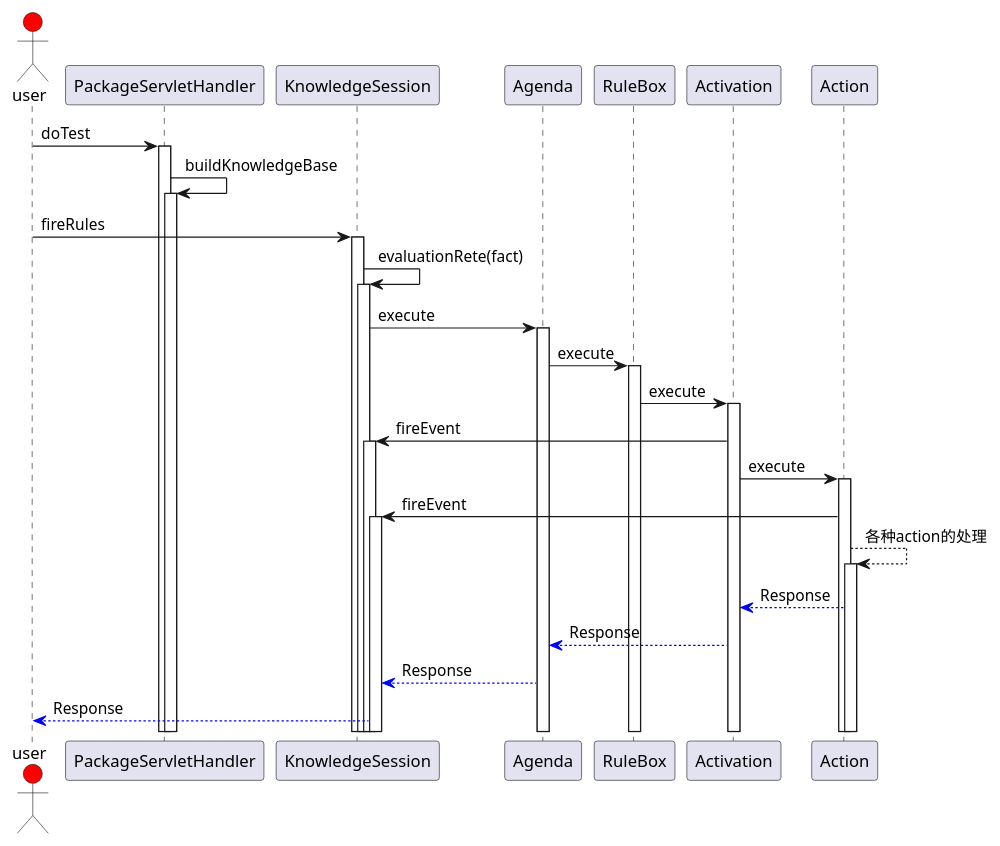
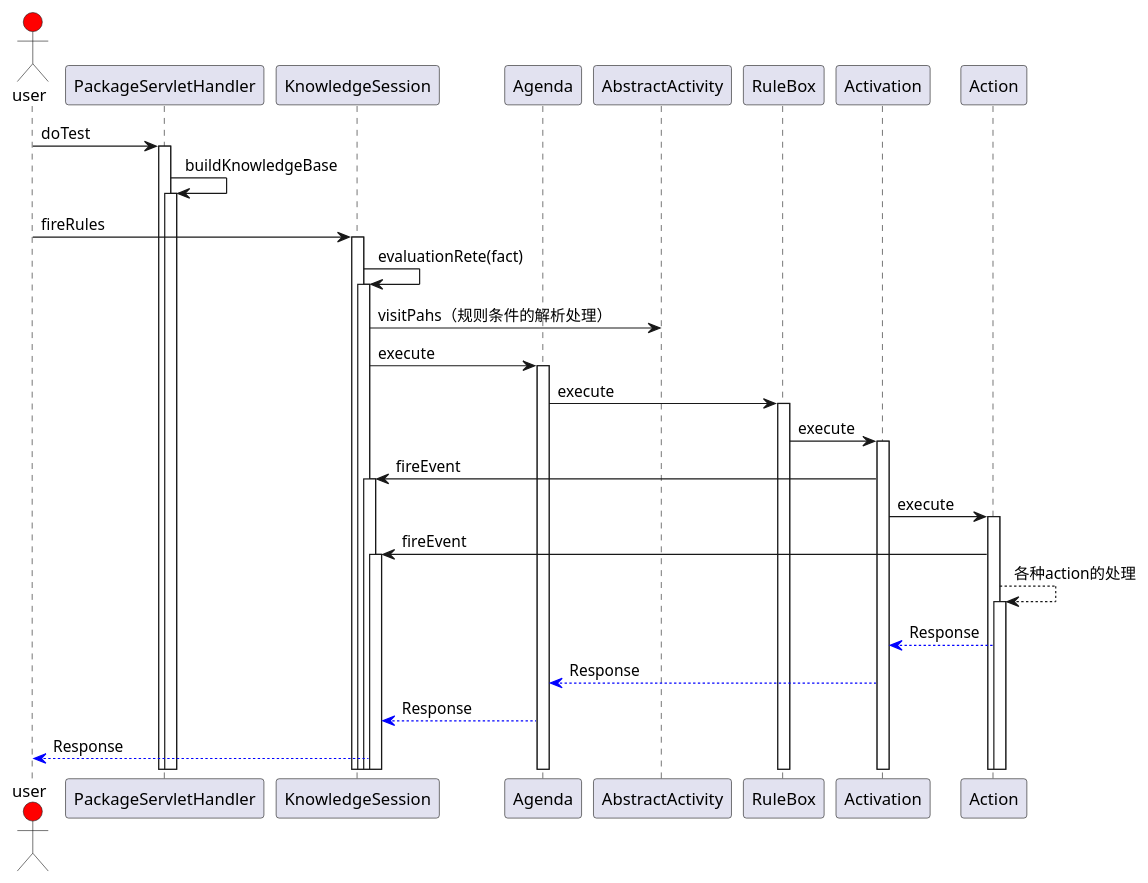
One commit to apaqi/urule changed the diagram in urule-console/规则解析过程-sequence.puml. Above: the diagram before and after it, drawn with PlantUML. The commit also changed 4 other files, not shown here.

First line of the commit message:
修改时序图

```diff
--- a/urule-console/规则解析过程-sequence.puml
+++ b/urule-console/规则解析过程-sequence.puml
@@ -1,49 +1,50 @@
 @startuml
 ''' http://archive.3zso.com/archives/plantuml-quickstart.html#sec-5-1
 actor user #red
 ''' as 后面是别名
 '''  设置颜色
 participant PackageServletHandler as PackageServletHandler
 participant KnowledgeSession as KnowledgeSession
 participant Agenda as Agenda
 
 user -> PackageServletHandler :doTest
 activate PackageServletHandler
 PackageServletHandler -> PackageServletHandler :buildKnowledgeBase
 activate PackageServletHandler
 
 
 user -> KnowledgeSession: fireRules
 activate KnowledgeSession
 '''执行条件判断相关逻辑'''
 KnowledgeSession-> KnowledgeSession: evaluationRete(fact)
 activate KnowledgeSession
+KnowledgeSession-> AbstractActivity: visitPahs（规则条件的解析处理）
 
 KnowledgeSession -> Agenda: execute
 activate Agenda
 
 Agenda -> RuleBox: execute
 activate RuleBox
 
 RuleBox -> Activation: execute
 activate Activation
 
 Activation -> KnowledgeSession: fireEvent
 activate KnowledgeSession
 
 Activation -> Action: execute
 activate Action
 
 Action -> KnowledgeSession: fireEvent
 activate KnowledgeSession
 
 Action --> Action: 各种action的处理
 activate Action
 
 '''设置箭头的颜色
 Activation <--[#0000FF] Action:  Response
 Agenda <--[#0000FF] Activation:  Response
 KnowledgeSession <--[#0000FF] Agenda:  Response
 user <--[#0000FF] KnowledgeSession:  Response
 
 @enduml
```
